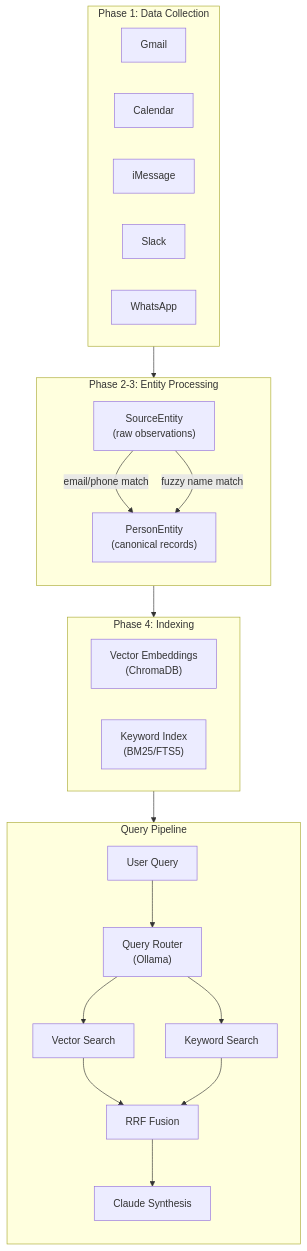
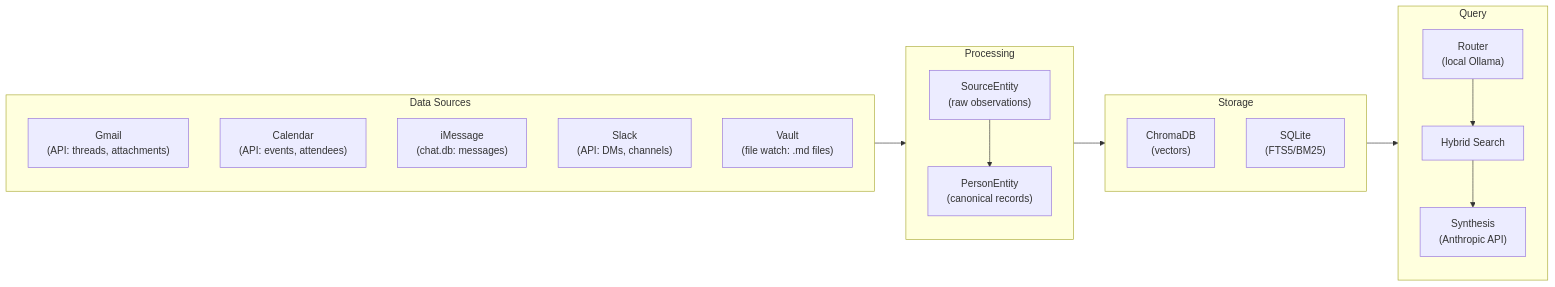
Before and after one commit to nbramia/LifeOS: the first of 6 diagrams in README.md, drawn with Mermaid. The commit also changed other lines of this file, not shown here.

First line of the commit message:
Improve README diagrams: horizontal layout + local vs API labels

````diff
--- a/README.md
+++ b/README.md
@@ -77,40 +79,34 @@
 ```mermaid
-flowchart TB
-    subgraph Collection["Phase 1: Data Collection"]
-        direction LR
-        G[Gmail] & C[Calendar] & I[iMessage] & S[Slack] & W[WhatsApp]
+flowchart LR
+    subgraph Sources["Data Sources"]
+        direction TB
+        G["Gmail\n(API: threads, attachments)"]
+        C["Calendar\n(API: events, attendees)"]
+        I["iMessage\n(chat.db: messages)"]
+        S["Slack\n(API: DMs, channels)"]
+        V["Vault\n(file watch: .md files)"]
     end
 
-    subgraph Entity["Phase 2-3: Entity Processing"]
+    subgraph Processing["Processing"]
         direction TB
         SE["SourceEntity\n(raw observations)"]
         PE["PersonEntity\n(canonical records)"]
-        SE -->|"email/phone match"| PE
-        SE -->|"fuzzy name match"| PE
+        SE --> PE
     end
 
-    subgraph Index["Phase 4: Indexing"]
-        direction LR
-        Vec["Vector Embeddings\n(ChromaDB)"]
-        BM["Keyword Index\n(BM25/FTS5)"]
+    subgraph Storage["Storage"]
+        direction TB
+        Vec["ChromaDB\n(vectors)"]
+        BM["SQLite\n(FTS5/BM25)"]
     end
 
-    subgraph Query["Query Pipeline"]
+    subgraph Query["Query"]
         direction TB
-        Q["User Query"]
-        R["Query Router\n(Ollama)"]
-        VS["Vector Search"]
-        KS["Keyword Search"]
-        RRF["RRF Fusion"]
-        Syn["Claude Synthesis"]
-
-        Q --> R
-        R --> VS & KS
-        VS & KS --> RRF
-        RRF --> Syn
+        R["Router\n(local Ollama)"]
+        Search["Hybrid Search"]
+        Syn["Synthesis\n(Anthropic API)"]
+        R --> Search --> Syn
     end
 
-    Collection --> Entity
-    Entity --> Index
-    Index --> Query
+    Sources --> Processing --> Storage --> Query
 ```
````
